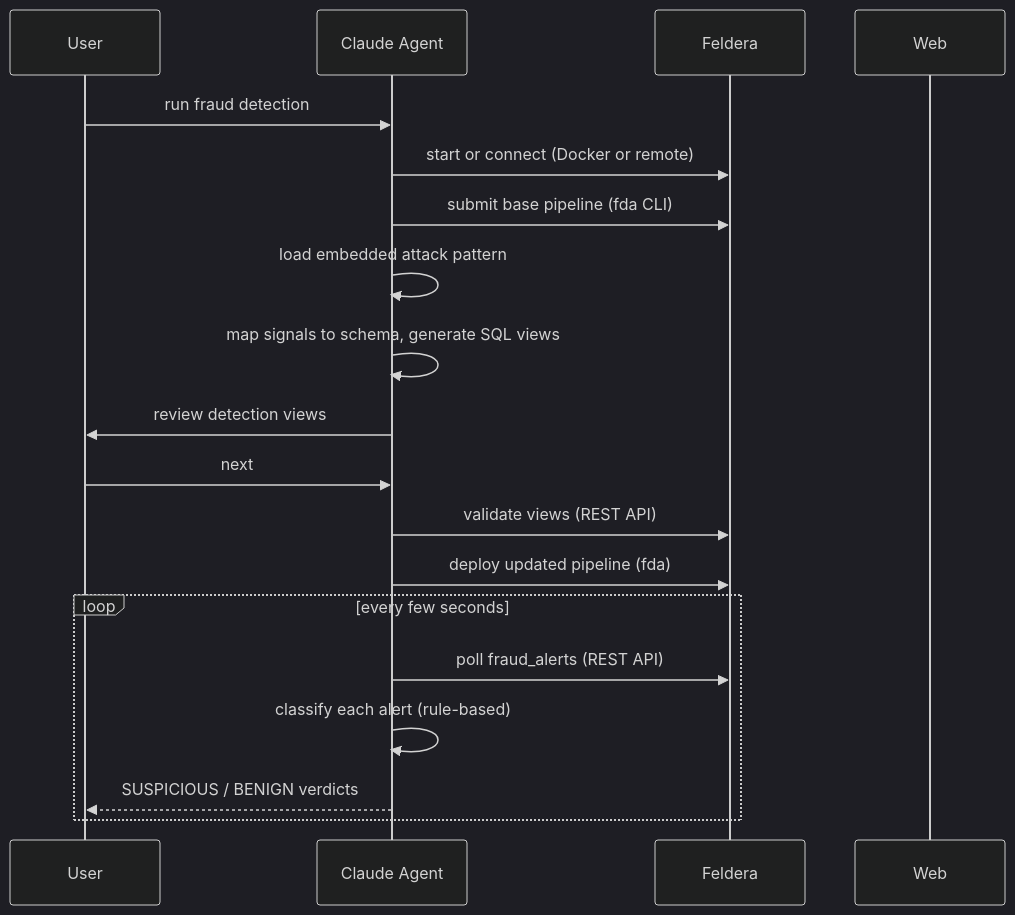
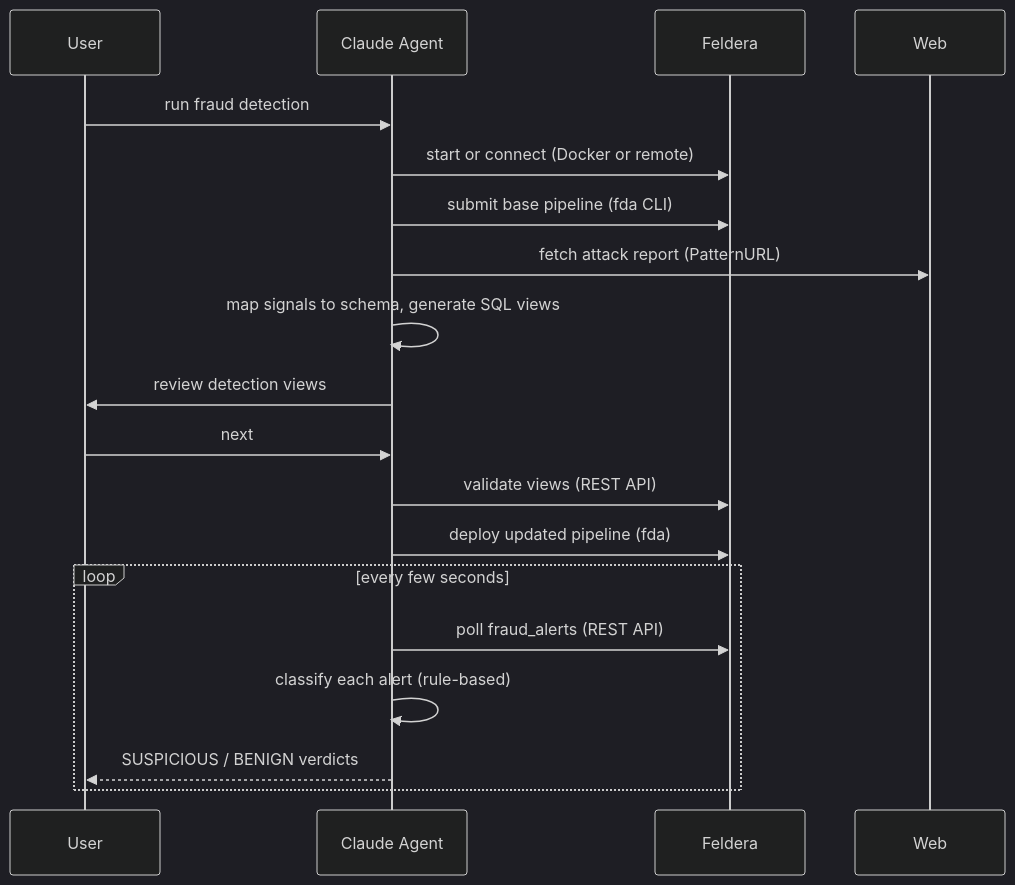
Before and after one commit to feldera/feldera-demos: the diagram in agentic-fraud-detection/README.md, drawn with Mermaid (dark theme). The commit also changed other lines of this file and 1 other file, not shown here.

````diff
--- a/agentic-fraud-detection/README.md
+++ b/agentic-fraud-detection/README.md
@@ -11,22 +13,22 @@
 ```mermaid
 sequenceDiagram
     participant U as User
     participant A as Claude Agent
     participant F as Feldera
     participant W as Web
 
     U->>A: run fraud detection
     A->>F: start or connect (Docker or remote)
     A->>F: submit base pipeline (fda CLI)
-    A->>A: load embedded attack pattern
+    A->>W: fetch attack report (PatternURL)
     A->>A: map signals to schema, generate SQL views
     A->>U: review detection views
     U->>A: next
     A->>F: validate views (REST API)
     A->>F: deploy updated pipeline (fda)
     loop every few seconds
         A->>F: poll fraud_alerts (REST API)
         A->>A: classify each alert (rule-based)
         A-->>U: SUSPICIOUS / BENIGN verdicts
     end
 ```
````
